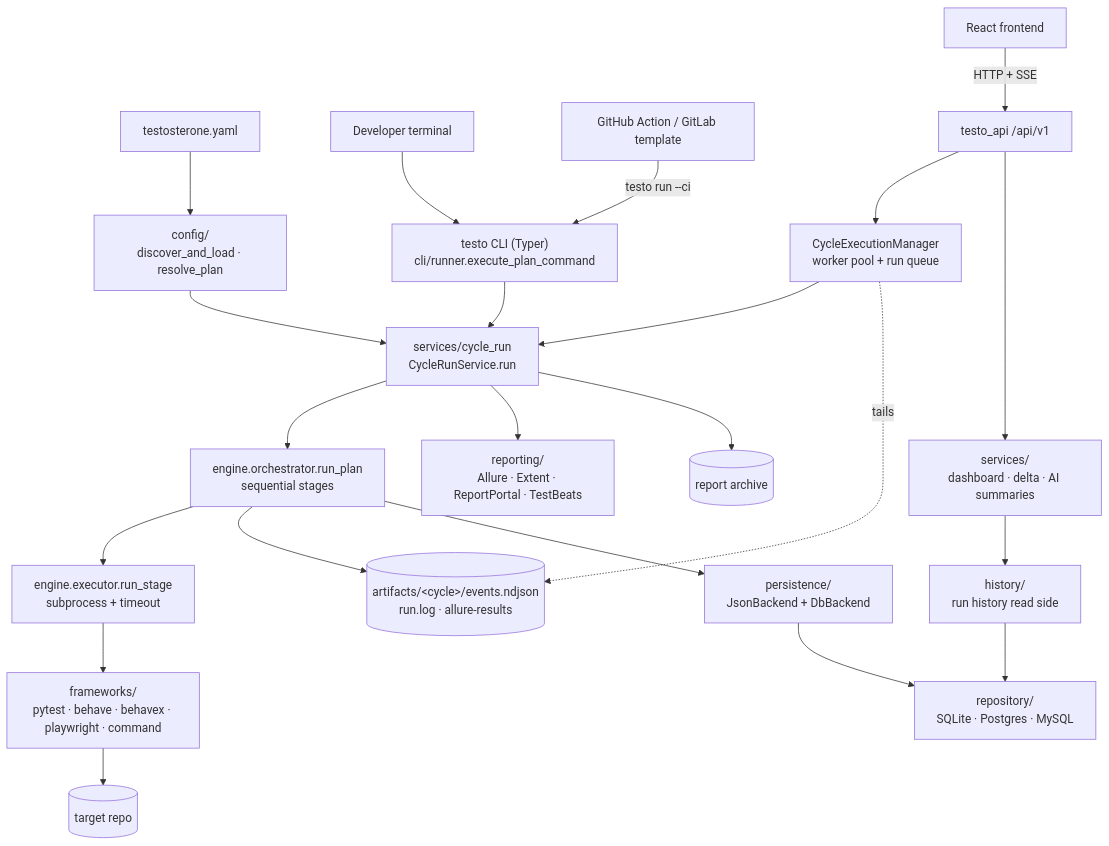
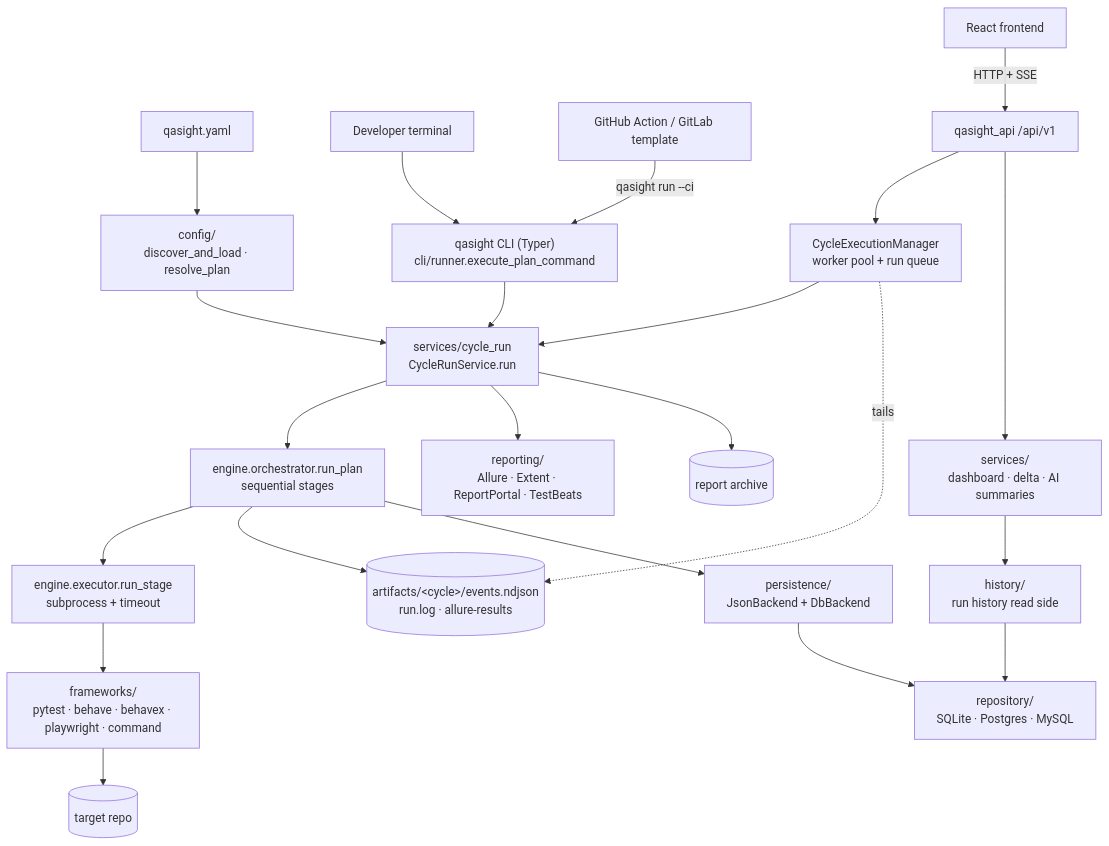
Before and after one commit to actions-marketplace-validations/arieleven_qasight: the diagram in docs/Architecture/Architecture Overview.md, drawn with Mermaid. The commit also changed other lines of this file and 1220 other files, not shown here.

First line of the commit message:
feat: rename Testosterone to QASight (package qasight, command qasight) (#296)

````diff
--- a/docs/Architecture/Architecture Overview.md
+++ b/docs/Architecture/Architecture Overview.md
@@ -18,28 +18,28 @@
 ```mermaid
 flowchart TD
-    YAML[testosterone.yaml] --> CFG[config/<br/>discover_and_load · resolve_plan]
+    YAML[qasight.yaml] --> CFG[config/<br/>discover_and_load · resolve_plan]
 
-    TERM[Developer terminal] --> CLI["testo CLI (Typer)<br/>cli/runner.execute_plan_command"]
-    CI[GitHub Action / GitLab template] -->|"testo run --ci"| CLI
-    UI[React frontend] -->|HTTP + SSE| API["testo_api /api/v1"]
+    TERM[Developer terminal] --> CLI["qasight CLI (Typer)<br/>cli/runner.execute_plan_command"]
+    CI[GitHub Action / GitLab template] -->|"qasight run --ci"| CLI
+    UI[React frontend] -->|HTTP + SSE| API["qasight_api /api/v1"]
     API --> MGR[CycleExecutionManager<br/>worker pool + run queue]
 
     CLI --> SVC
     MGR --> SVC
     CFG --> SVC[services/cycle_run<br/>CycleRunService.run]
 
     SVC --> ENG[engine.orchestrator.run_plan<br/>sequential stages]
     ENG --> EXE[engine.executor.run_stage<br/>subprocess + timeout]
     EXE --> FW[frameworks/<br/>pytest · behave · behavex · playwright · command]
     FW --> TGT[(target repo)]
     ENG --> EV[(artifacts/&lt;cycle&gt;/events.ndjson<br/>run.log · allure-results)]
     ENG --> PER[persistence/<br/>JsonBackend + DbBackend]
     PER --> REPO[repository/<br/>SQLite · Postgres · MySQL]
     SVC --> REP[reporting/<br/>Allure · Extent · ReportPortal · TestBeats]
     SVC --> ARC[(report archive)]
     MGR -. tails .-> EV
 
     API --> INS[services/<br/>dashboard · delta · AI summaries]
     INS --> HIST[history/<br/>run history read side]
     HIST --> REPO
 ```
````
